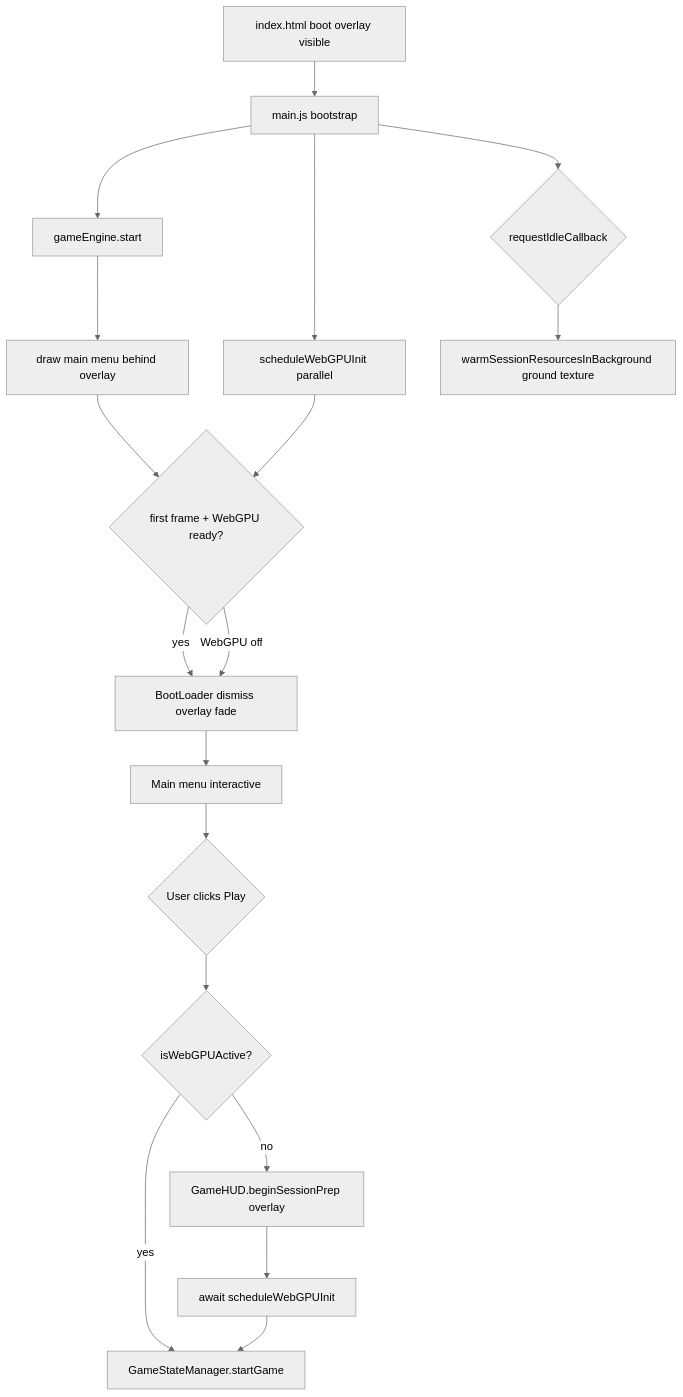
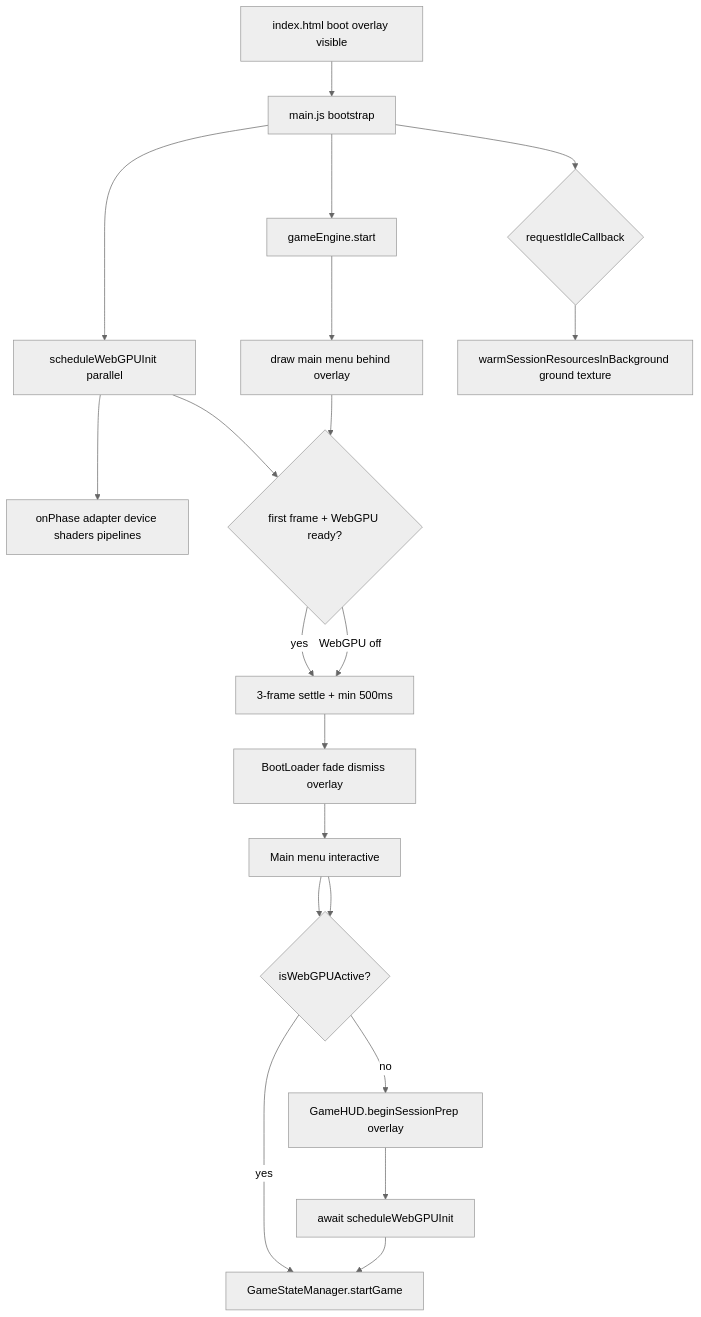
The second of 3 diagrams in DOCS/ARCHITECTURE.md (AfyKirby1/Zombobs), drawn with Mermaid (neutral theme) before and after one commit. The commit also changed other lines of this file and 78 other files, not shown here.

````diff
--- a/DOCS/ARCHITECTURE.md
+++ b/DOCS/ARCHITECTURE.md
@@ -1901,20 +1914,22 @@
 ```mermaid
 flowchart TD
     A[index.html boot overlay visible] --> B[main.js bootstrap]
     B --> C[scheduleWebGPUInit parallel]
     B --> D[gameEngine.start]
+    C --> C1[onPhase adapter device shaders pipelines]
     D --> E[draw main menu behind overlay]
     E --> F{first frame + WebGPU ready?}
     C --> F
-    F -->|yes| G[BootLoader dismiss overlay fade]
+    F -->|yes| G[3-frame settle + min 500ms]
     F -->|WebGPU off| G
-    G --> H[Main menu interactive]
-    H --> I{User clicks Play}
+    G --> H[BootLoader fade dismiss overlay]
+    H --> I[Main menu interactive]
+    I --> J{User clicks Play}
     I --> J{isWebGPUActive?}
     J -->|yes| K[GameStateManager.startGame]
     J -->|no| L[GameHUD.beginSessionPrep overlay]
     L --> M[await scheduleWebGPUInit]
     M --> K
     B --> N{requestIdleCallback}
     N --> O[warmSessionResourcesInBackground ground texture]
 ```
````
